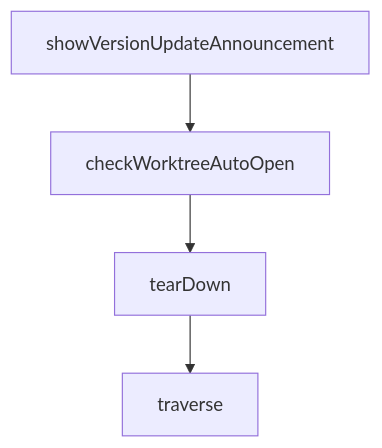
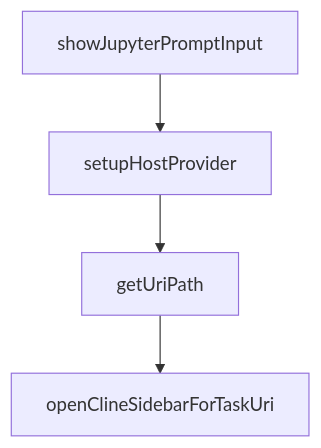
Before and after one commit to johnxie/awesome-code-docs: the second of 2 diagrams in tutorials/cline-tutorial/07-context-and-cost-control.md, drawn with Mermaid. The commit also changed other lines of this file and 1232 other files, not shown here.

````diff
--- a/tutorials/cline-tutorial/07-context-and-cost-control.md
+++ b/tutorials/cline-tutorial/07-context-and-cost-control.md
@@ -280,10 +286,10 @@
 ```mermaid
 flowchart TD
-    A[showVersionUpdateAnnouncement]
-    B[checkWorktreeAutoOpen]
-    C[tearDown]
-    D[traverse]
+    A[showJupyterPromptInput]
+    B[setupHostProvider]
+    C[getUriPath]
+    D[openClineSidebarForTaskUri]
     A --> B
     B --> C
     C --> D
 ```
````
